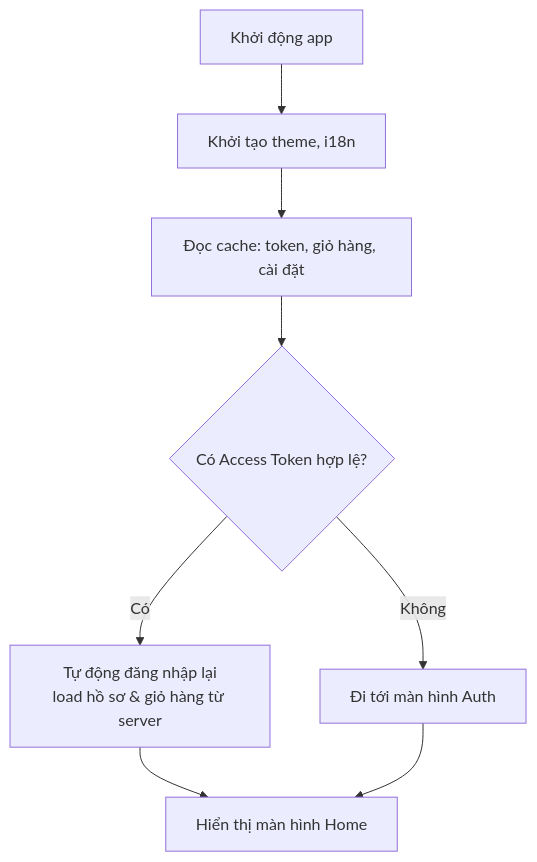
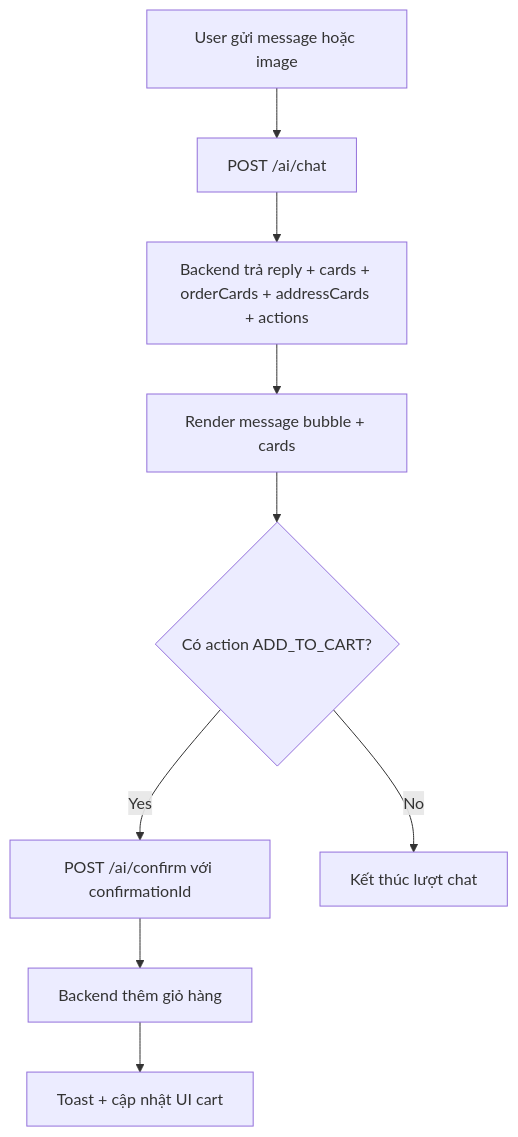
The fourth of 4 diagrams in README.md (levanduy093-work/ElectronicsShop), drawn with Mermaid before and after one commit. The commit also changed other lines of this file and 9 other files, not shown here.

````diff
--- a/README.md
+++ b/README.md
@@ -160,10 +133,11 @@
 ```mermaid
 flowchart TD
-    A[Khởi động app] --> B[Khởi tạo theme, i18n]
-    B --> C[Đọc cache: token, giỏ hàng, cài đặt]
-    C --> D{Có Access Token hợp lệ?}
-    D -->|Có| E[Tự động đăng nhập lại<br/>load hồ sơ & giỏ hàng từ server]
-    D -->|Không| F[Đi tới màn hình Auth]
-    E --> G[Hiển thị màn hình Home]
-    F --> G
+  A[User gửi message hoặc image] --> B[POST /ai/chat]
+  B --> C[Backend trả reply + cards + orderCards + addressCards + actions]
+  C --> D[Render message bubble + cards]
+  D --> E{Có action ADD_TO_CART?}
+  E -->|Yes| F[POST /ai/confirm với confirmationId]
+  F --> G[Backend thêm giỏ hàng]
+  G --> H[Toast + cập nhật UI cart]
+  E -->|No| I[Kết thúc lượt chat]
 ```
````
